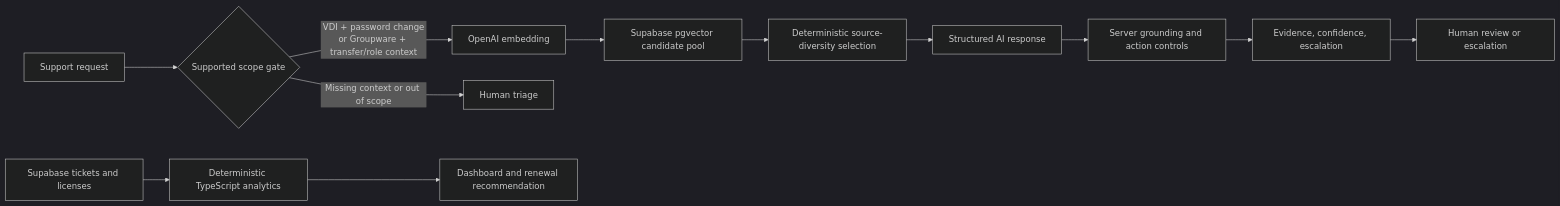
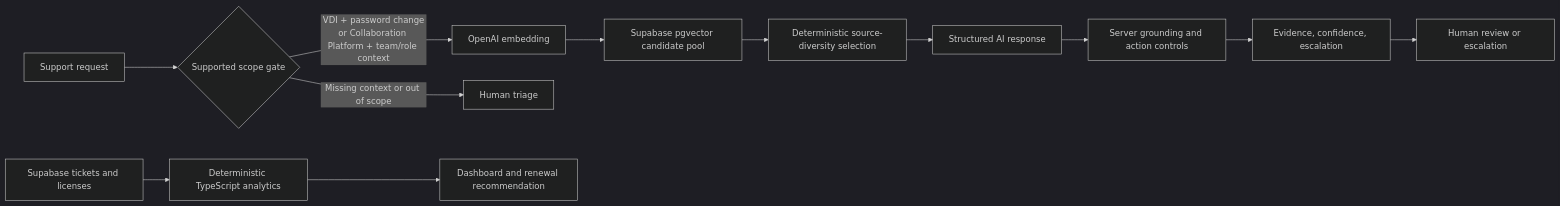
The diagram in docs/architecture.md (mhadev0703/ax-pilot), drawn with Mermaid (dark theme) before and after one commit. The commit also changed other lines of this file and 41 other files, not shown here.

````diff
--- a/docs/architecture.md
+++ b/docs/architecture.md
@@ -7,15 +7,15 @@
 ```mermaid
 flowchart LR
   Q[Support request] --> G{Supported scope gate}
-  G -->|VDI + password change\nor Groupware + transfer/role context| E[OpenAI embedding]
+  G -->|VDI + password change\nor Collaboration Platform + team/role context| E[OpenAI embedding]
   G -->|Missing context or out of scope| T[Human triage]
   E --> V[Supabase pgvector candidate pool]
   V --> D[Deterministic source-diversity selection]
   D --> L[Structured AI response]
   L --> C[Server grounding and action controls]
   C --> R[Evidence, confidence, escalation]
   R --> H[Human review or escalation]
 
   S[Supabase tickets and licenses] --> A[Deterministic TypeScript analytics]
   A --> O[Dashboard and renewal recommendation]
 ```
````
